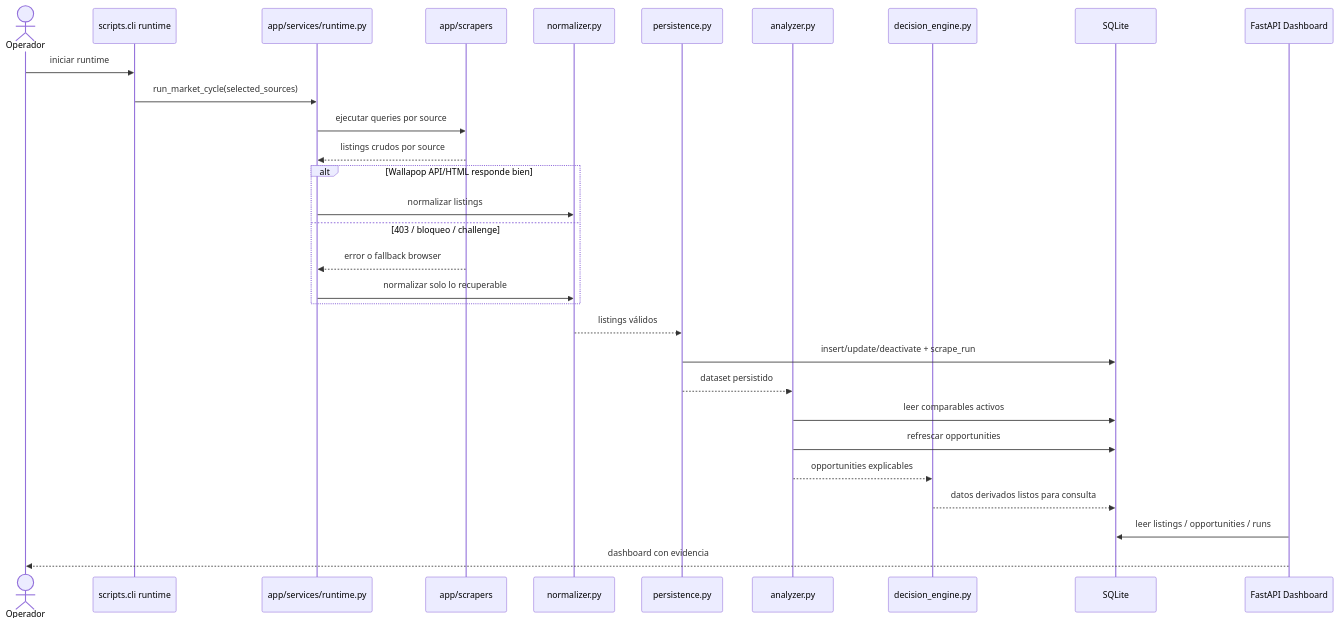
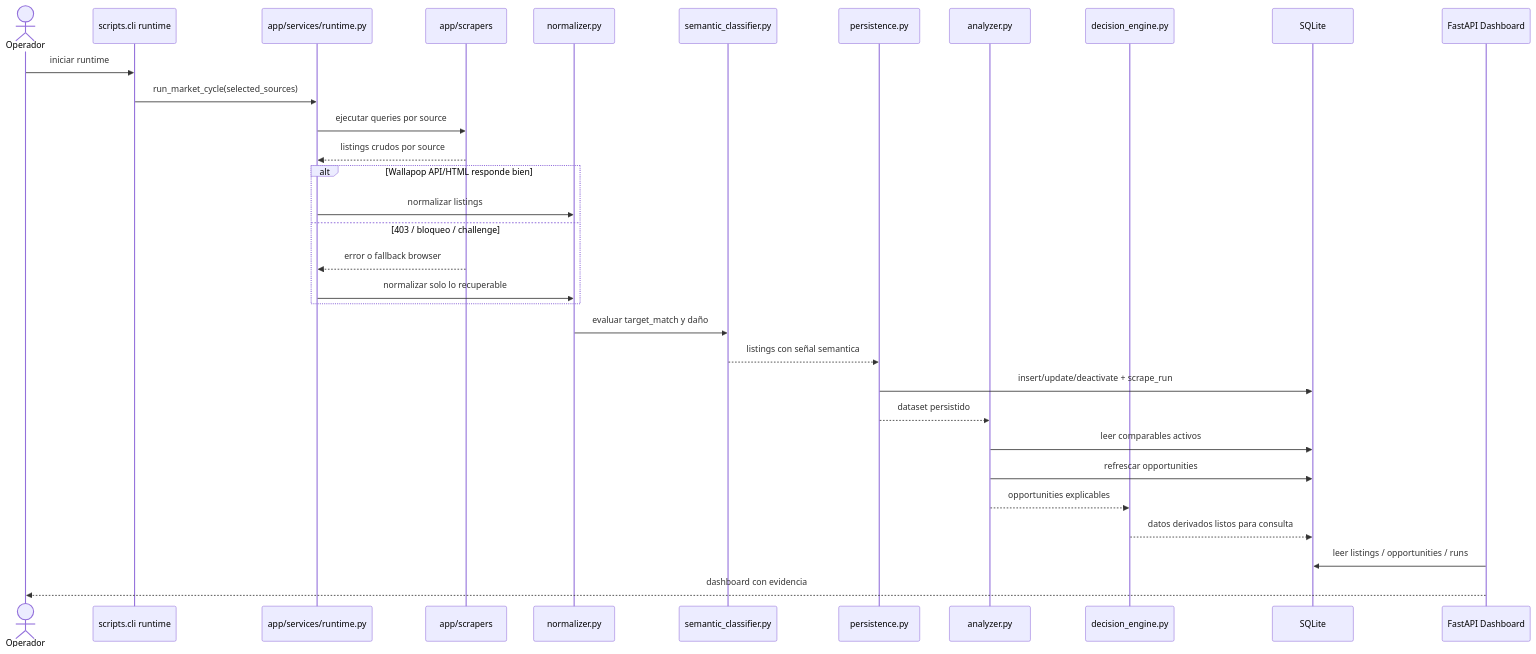
One commit to manuelgodoytorrealba/market-analizer-py changed the diagram in docs/diagrams/runtime-sequence.md. Above: the diagram before and after it, drawn with Mermaid. The commit also changed other lines of this file and 22 other files, not shown here.

````diff
--- a/docs/diagrams/runtime-sequence.md
+++ b/docs/diagrams/runtime-sequence.md
@@ -13,35 +14,37 @@
 ```mermaid
 sequenceDiagram
     actor Operator as Operador
     participant CLI as scripts.cli runtime
     participant Runtime as app/services/runtime.py
     participant Scrapers as app/scrapers
     participant Normalizer as normalizer.py
+    participant Semantic as semantic_classifier.py
     participant Persistence as persistence.py
     participant Analyzer as analyzer.py
     participant Decision as decision_engine.py
     participant DB as SQLite
     participant Web as FastAPI Dashboard
 
     Operator->>CLI: iniciar runtime
     CLI->>Runtime: run_market_cycle(selected_sources)
     Runtime->>Scrapers: ejecutar queries por source
     Scrapers-->>Runtime: listings crudos por source
 
     alt Wallapop API/HTML responde bien
         Runtime->>Normalizer: normalizar listings
     else 403 / bloqueo / challenge
         Scrapers-->>Runtime: error o fallback browser
         Runtime->>Normalizer: normalizar solo lo recuperable
     end
 
-    Normalizer-->>Persistence: listings válidos
+    Normalizer->>Semantic: evaluar target_match y daño
+    Semantic-->>Persistence: listings con señal semantica
     Persistence->>DB: insert/update/deactivate + scrape_run
     Persistence-->>Analyzer: dataset persistido
     Analyzer->>DB: leer comparables activos
     Analyzer->>DB: refrescar opportunities
     Analyzer-->>Decision: opportunities explicables
     Decision-->>DB: datos derivados listos para consulta
     Web->>DB: leer listings / opportunities / runs
     Web-->>Operator: dashboard con evidencia
 ```
````
